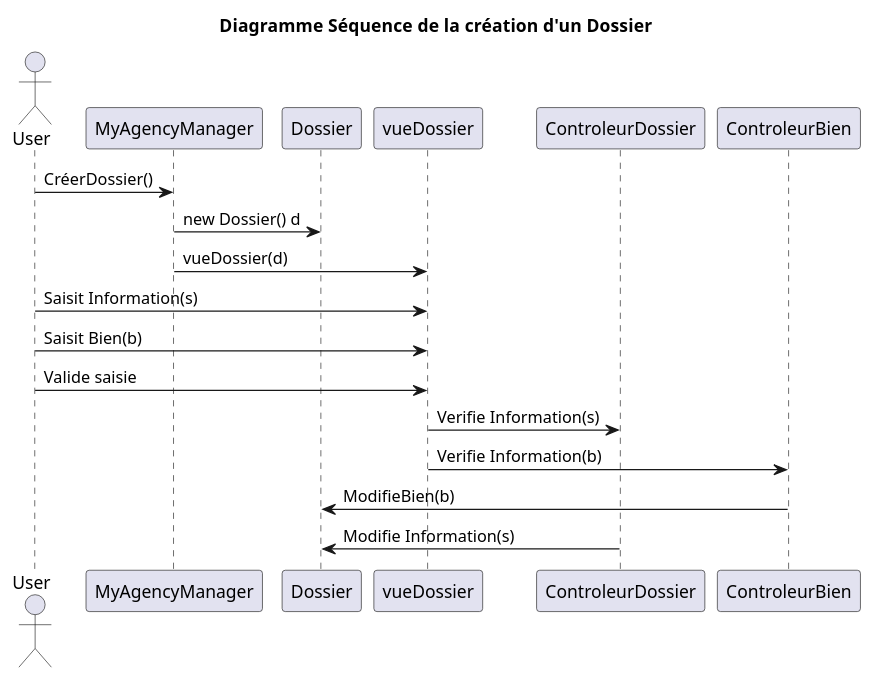
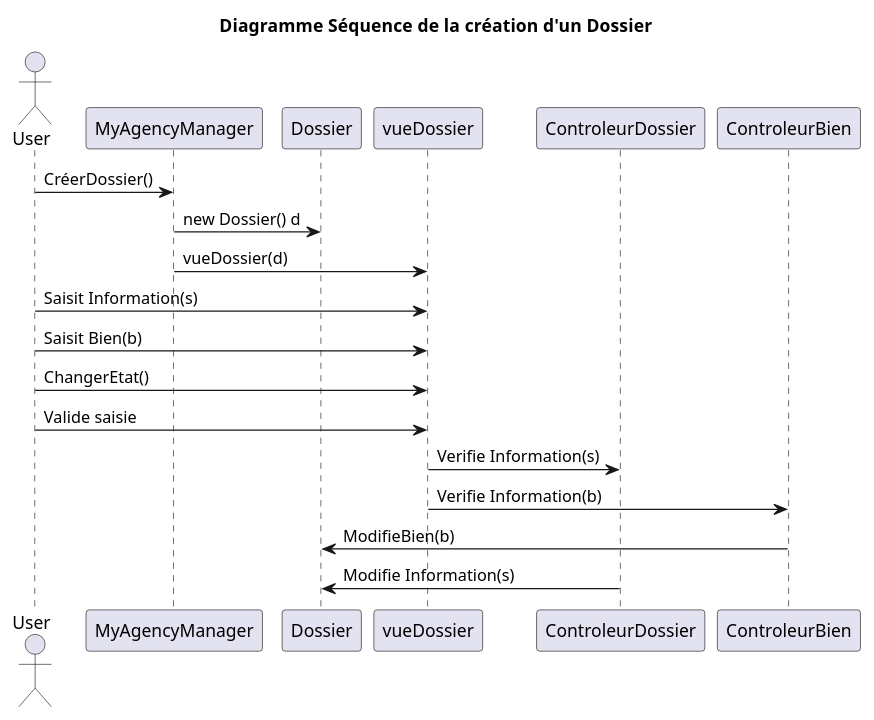
The diagram in DossierConception/SeqCreerDossier.pu (Arnaud-Sibade-Tlse/ProjetUML_Miashs), drawn with PlantUML before and after one commit. The commit also changed 2 other files, not shown here.

Commit message:
SEQUENCE : cahnger etat, creerDos, creerRDv

```diff
--- a/DossierConception/SeqCreerDossier.pu
+++ b/DossierConception/SeqCreerDossier.pu
@@ -1,22 +1,24 @@
 @startuml
 
 title Diagramme Séquence de la création  d'un Dossier
 
 actor User as U
 U -> MyAgencyManager :CréerDossier()
 
 MyAgencyManager -> Dossier :new Dossier() d
 MyAgencyManager -> vueDossier : vueDossier(d)
 
 U -> vueDossier :Saisit Information(s)
 U -> vueDossier :Saisit Bien(b)
+U -> vueDossier :ChangerEtat()
+
 
 U -> vueDossier :Valide saisie
 
 vueDossier -> ControleurDossier :Verifie Information(s)
 vueDossier -> ControleurBien :Verifie Information(b)
 ControleurBien -> Dossier :ModifieBien(b)
 
 
 ControleurDossier -> Dossier :Modifie Information(s)
 @enduml
```
